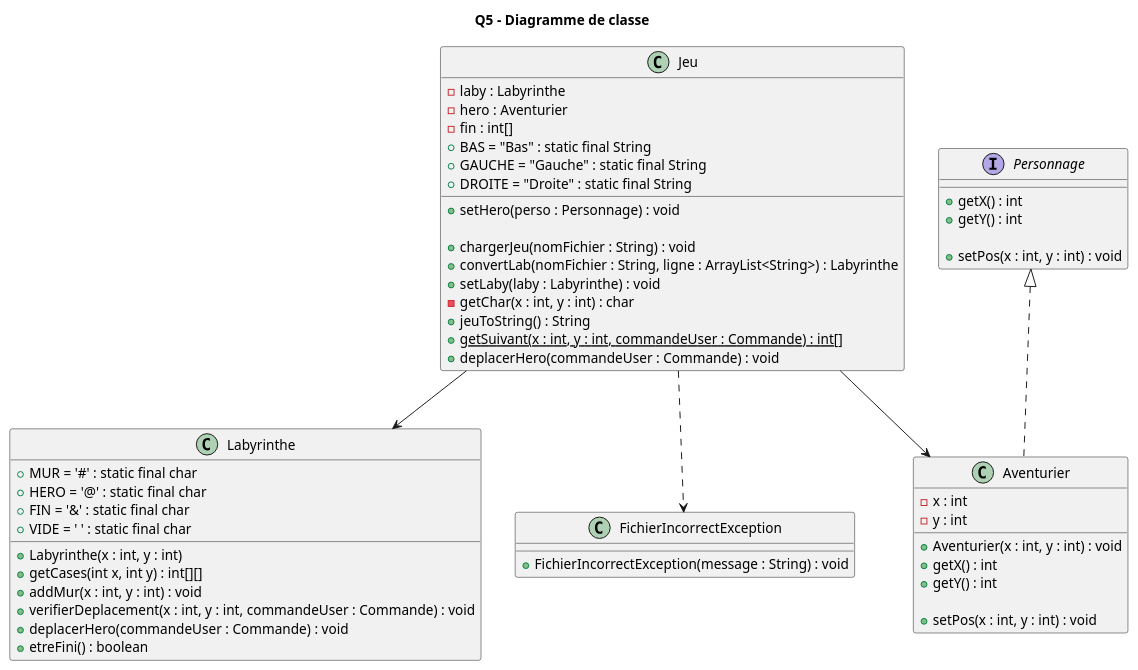
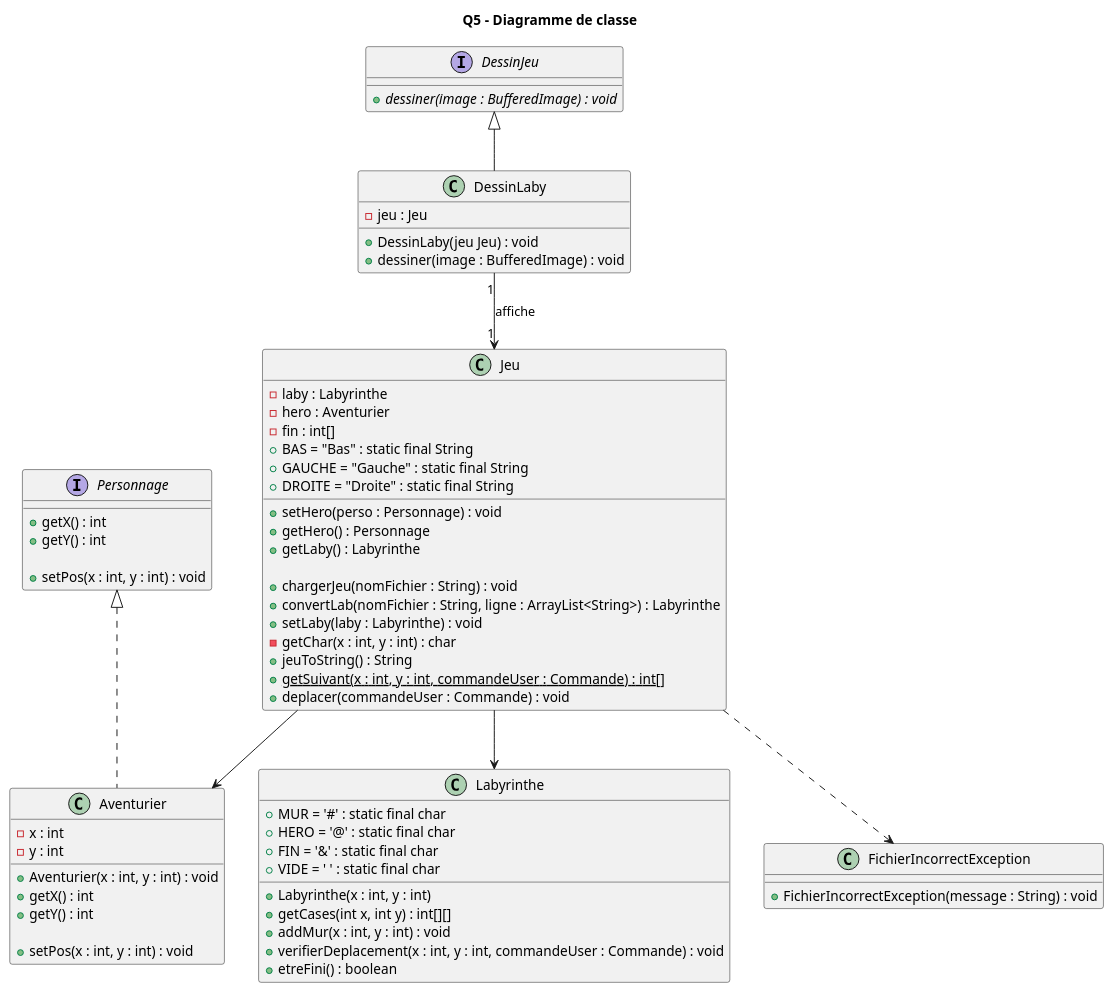
Before and after one commit to lucas-martinati-pro/SAE_S2.01_Zeldiablo-LucasM_JeanLM_PierreGSV: the diagram in projet_zeldiablo/documents/version_2/Q5 - Diagramme de Classe.puml, drawn with PlantUML.

Commit message:
add: Diagramme de classe G5

```diff
--- a/projet_zeldiablo/documents/version_2/Q5 - Diagramme de Classe.puml
+++ b/projet_zeldiablo/documents/version_2/Q5 - Diagramme de Classe.puml
@@ -1,62 +1,72 @@
 @startuml
     title Q5 - Diagramme de classe
 
 class Jeu {
     -laby : Labyrinthe
     -hero : Aventurier
     -fin : int[]
     +BAS = "Bas" : static final String
     +GAUCHE = "Gauche" : static final String
     +DROITE = "Droite" : static final String
 
     +setHero(perso : Personnage) : void
+    +getHero() : Personnage
+    +getLaby() : Labyrinthe
 
     +chargerJeu(nomFichier : String) : void
     +convertLab(nomFichier : String, ligne : ArrayList<String>) : Labyrinthe
     +setLaby(laby : Labyrinthe) : void
     -getChar(x : int, y : int) : char
     +jeuToString() : String
     +{static} getSuivant(x : int, y : int, commandeUser : Commande) : int[]
-    +deplacerHero(commandeUser : Commande) : void
+    +deplacer(commandeUser : Commande) : void
 }
-
 class Labyrinthe {
     +MUR = '#' : static final char
     +HERO = '@' : static final char
     +FIN = '&' : static final char
     +VIDE = ' ' : static final char
 
     +Labyrinthe(x : int, y : int)
     +getCases(int x, int y) : int[][]
     +addMur(x : int, y : int) : void
     +verifierDeplacement(x : int, y : int, commandeUser : Commande) : void
-    +deplacerHero(commandeUser : Commande) : void
     +etreFini() : boolean
 }
 interface Personnage {
     +getX() : int
     +getY() : int
 
     +setPos(x : int, y : int) : void
 }
-
 class Aventurier {
     -x : int
     -y : int
 
     +Aventurier(x : int, y : int) : void
     +getX() : int
     +getY() : int
 
     +setPos(x : int, y : int) : void
 
 }
 class FichierIncorrectException {
     +FichierIncorrectException(message : String) : void
 }
+interface DessinJeu {
+    +{abstract} dessiner(image : BufferedImage) : void
+}
+class DessinLaby {
+    -jeu : Jeu
 
+    +DessinLaby(jeu Jeu) : void
+    +dessiner(image : BufferedImage) : void
+}
+
+DessinJeu <|-- DessinLaby
+DessinLaby "1" --> "1" Jeu : affiche
 Jeu --> Labyrinthe
 Jeu --> Aventurier
 Personnage <|.. Aventurier
 Jeu ..> FichierIncorrectException
 @enduml
```
